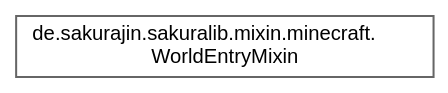
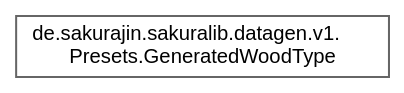
Before and after one commit to noah1510/sakura-lib: the diagram in inherit_graph_16.dot, drawn with Graphviz. The commit also changed 150 other files, not shown here.

```diff
--- a/inherit_graph_16.dot
+++ b/inherit_graph_16.dot
@@ -1,9 +1,9 @@
 digraph "Graphical Class Hierarchy"
 {
  // LATEX_PDF_SIZE
   bgcolor="transparent";
   edge [fontname=Helvetica,fontsize=10,labelfontname=Helvetica,labelfontsize=10];
   node [fontname=Helvetica,fontsize=10,shape=box,height=0.2,width=0.4];
   rankdir="LR";
-  Node0 [label="de.sakurajin.sakuralib.mixin.minecraft.\lWorldEntryMixin",height=0.2,width=0.4,color="grey40", fillcolor="white", style="filled",URL="$classde_1_1sakurajin_1_1sakuralib_1_1mixin_1_1minecraft_1_1WorldEntryMixin.html",tooltip=" "];
+  Node0 [label="de.sakurajin.sakuralib.datagen.v1.\lPresets.GeneratedWoodType",height=0.2,width=0.4,color="grey40", fillcolor="white", style="filled",URL="$classde_1_1sakurajin_1_1sakuralib_1_1datagen_1_1v1_1_1Presets_1_1GeneratedWoodType.html",tooltip=" "];
 }
```
